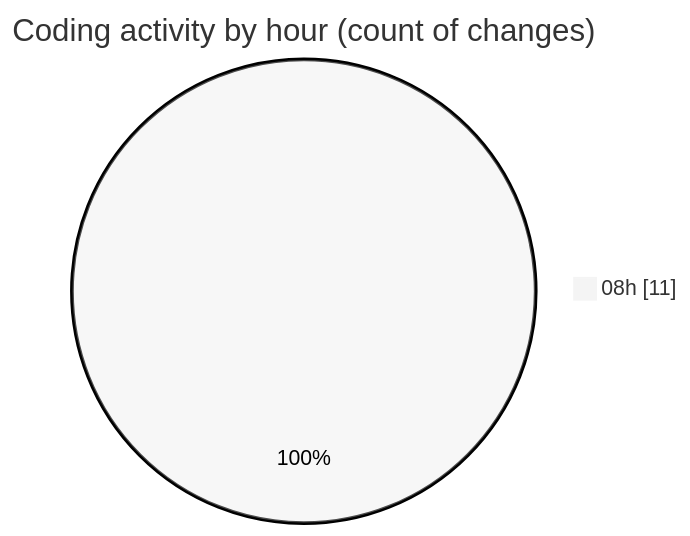
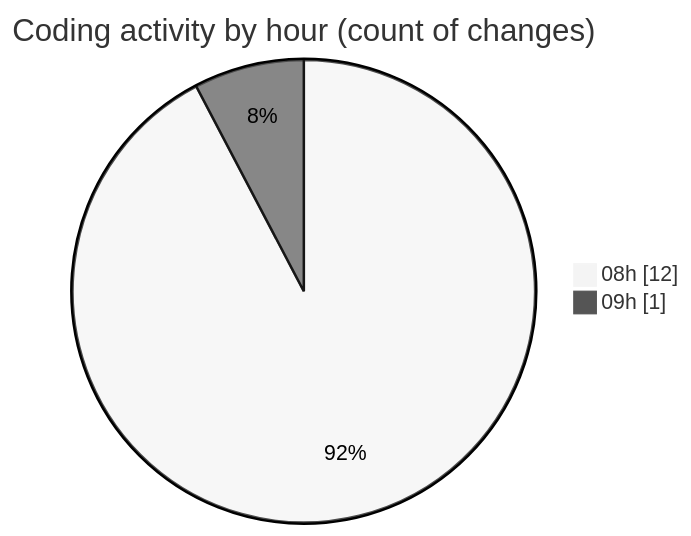
Before and after one commit to ricardozamudiocil/code-tracking: the second of 2 diagrams in 2026-02-26/cilapp/README.md, drawn with Mermaid (neutral theme). The commit also changed other lines of this file and 1 other file, not shown here.

````diff
--- a/2026-02-26/cilapp/README.md
+++ b/2026-02-26/cilapp/README.md
@@ -30,5 +30,6 @@
 ```mermaid
 pie showData
 title Coding activity by hour (count of changes)
-"08h" : 11
+"08h" : 12
+"09h" : 1
 ```
````
